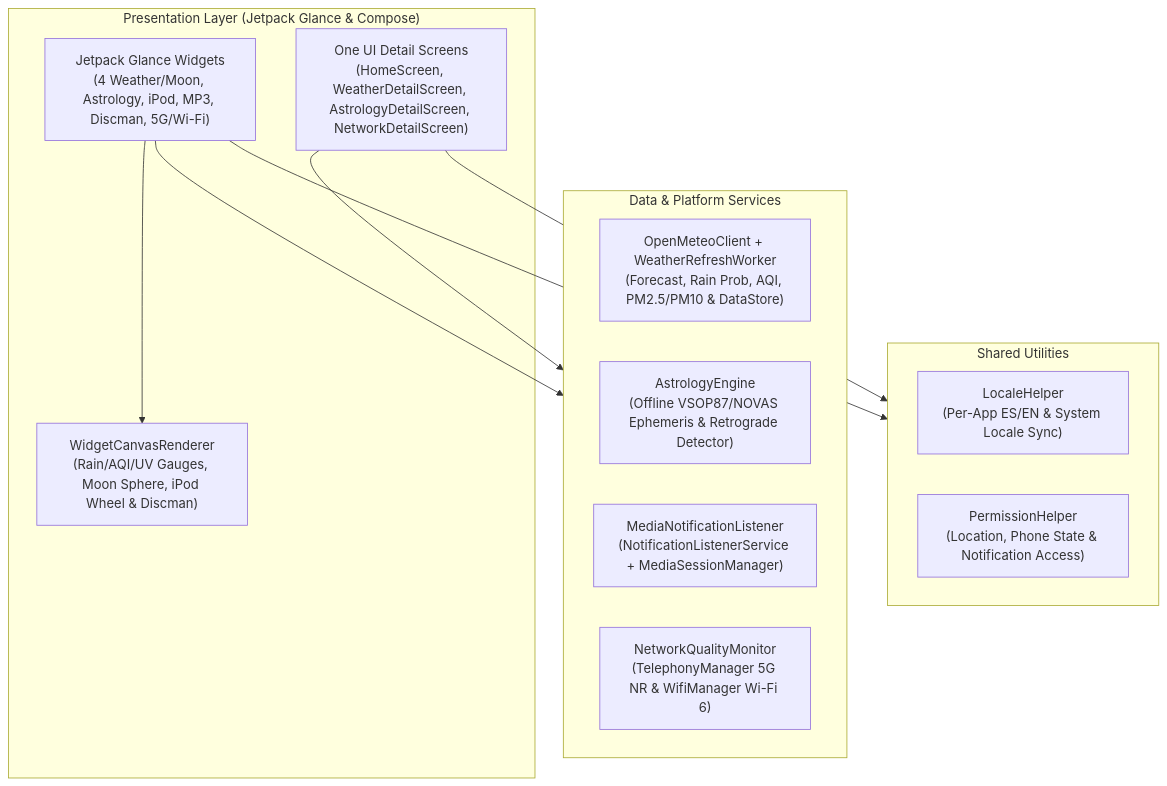
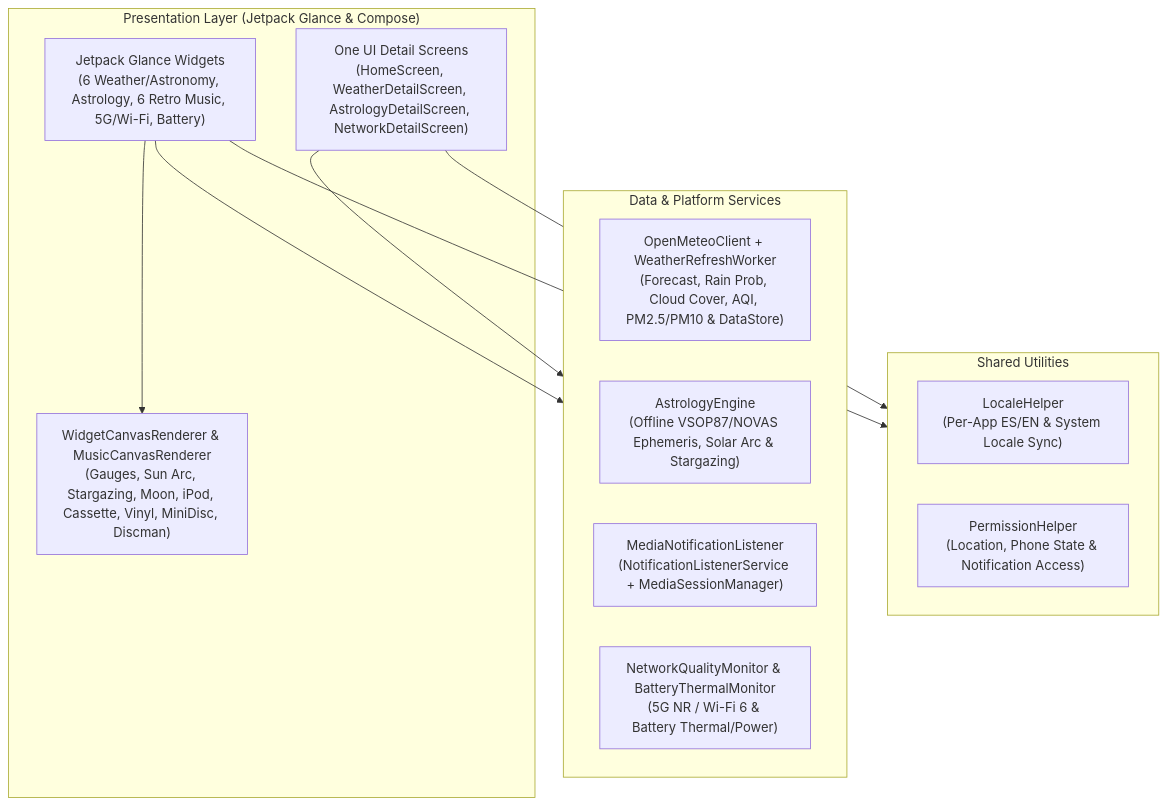
One commit to AnaCataVC/one-ui-extra-widgets changed the diagram in README.md. Above: the diagram before and after it, drawn with Mermaid. The commit also changed other lines of this file and 5 other files, not shown here.

First line of the commit message:
docs: document six new widgets and offline solar and stargazing engine

````diff
--- a/README.md
+++ b/README.md
@@ -48,26 +55,26 @@
 ```mermaid
 flowchart TD
     subgraph UI ["Presentation Layer (Jetpack Glance & Compose)"]
-        GlanceWidgets["Jetpack Glance Widgets<br/>(4 Weather/Moon, Astrology, iPod, MP3, Discman, 5G/Wi-Fi)"]
+        GlanceWidgets["Jetpack Glance Widgets<br/>(6 Weather/Astronomy, Astrology, 6 Retro Music, 5G/Wi-Fi, Battery)"]
         ComposeApp["One UI Detail Screens<br/>(HomeScreen, WeatherDetailScreen, AstrologyDetailScreen, NetworkDetailScreen)"]
-        CanvasRenderer["WidgetCanvasRenderer<br/>(Rain/AQI/UV Gauges, Moon Sphere, iPod Wheel & Discman)"]
+        CanvasRenderer["WidgetCanvasRenderer & MusicCanvasRenderer<br/>(Gauges, Sun Arc, Stargazing, Moon, iPod, Cassette, Vinyl, MiniDisc, Discman)"]
     end
 
     subgraph Data ["Data & Platform Services"]
-        WeatherClient["OpenMeteoClient + WeatherRefreshWorker<br/>(Forecast, Rain Prob, AQI, PM2.5/PM10 & DataStore)"]
-        AstroEngine["AstrologyEngine<br/>(Offline VSOP87/NOVAS Ephemeris & Retrograde Detector)"]
+        WeatherClient["OpenMeteoClient + WeatherRefreshWorker<br/>(Forecast, Rain Prob, Cloud Cover, AQI, PM2.5/PM10 & DataStore)"]
+        AstroEngine["AstrologyEngine<br/>(Offline VSOP87/NOVAS Ephemeris, Solar Arc & Stargazing)"]
         MediaBridge["MediaNotificationListener<br/>(NotificationListenerService + MediaSessionManager)"]
-        NetMonitor["NetworkQualityMonitor<br/>(TelephonyManager 5G NR & WifiManager Wi-Fi 6)"]
+        NetMonitor["NetworkQualityMonitor & BatteryThermalMonitor<br/>(5G NR / Wi-Fi 6 & Battery Thermal/Power)"]
     end
 
     subgraph Utils ["Shared Utilities"]
         LocaleUtil["LocaleHelper<br/>(Per-App ES/EN & System Locale Sync)"]
         PermUtil["PermissionHelper<br/>(Location, Phone State & Notification Access)"]
     end
 
     GlanceWidgets --> CanvasRenderer
     GlanceWidgets --> Data
     ComposeApp --> Data
     ComposeApp --> Utils
     GlanceWidgets --> Utils
 ```
````
